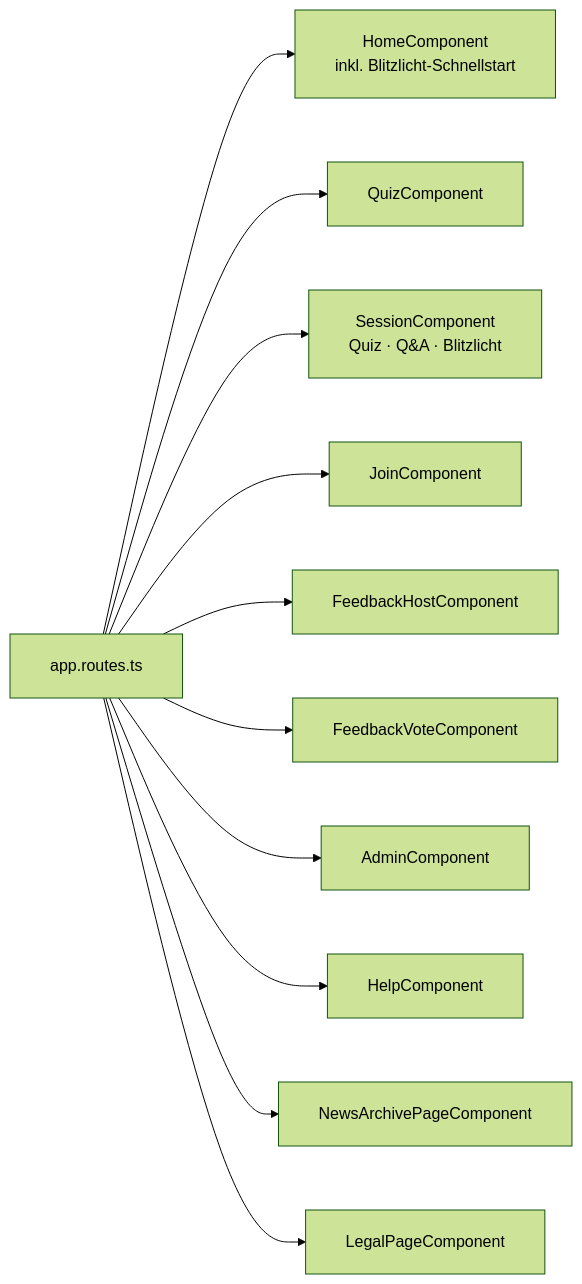
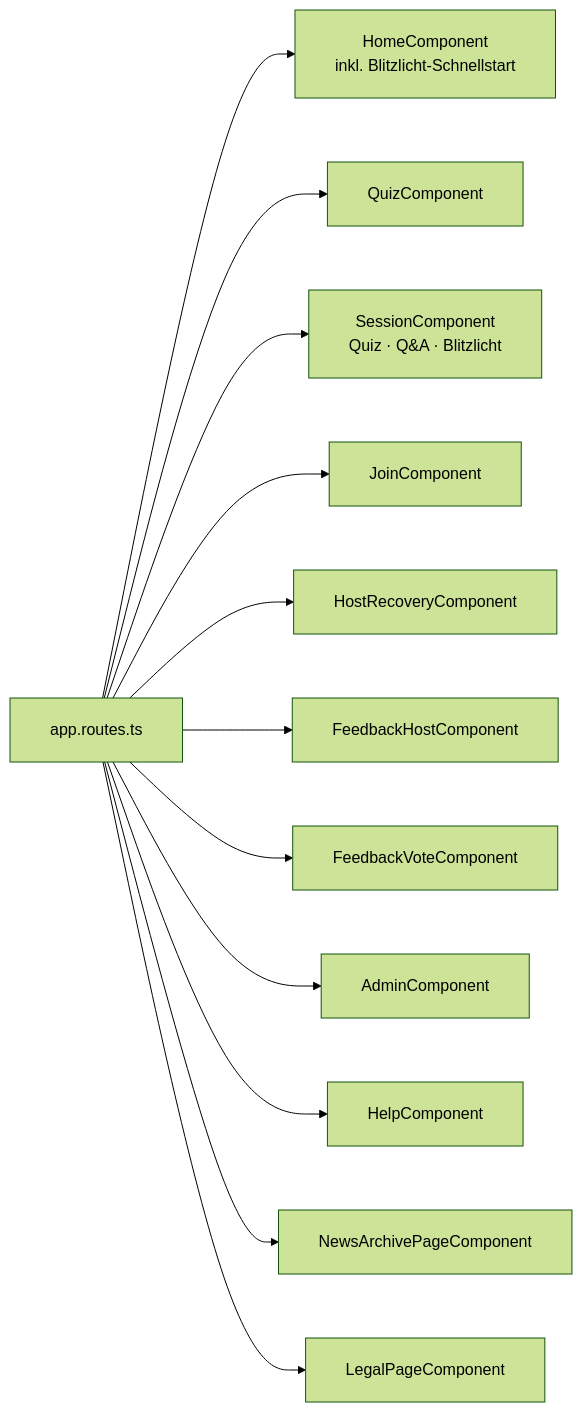
Before and after one commit to kqc-real/arsnova.eu: the sixth of 15 diagrams in docs/diagrams/architecture-overview.md, drawn with Mermaid (forest theme). The commit also changed other lines of this file and 31 other files, not shown here.

````diff
--- a/docs/diagrams/architecture-overview.md
+++ b/docs/diagrams/architecture-overview.md
@@ -298,27 +303,29 @@
 ```mermaid
 %%{init: {'flowchart': {'curve': 'basis', 'nodeSpacing': 64, 'rankSpacing': 96, 'padding': 20}}}%%
 graph LR
     ROUTES[app.routes.ts]
 
     HOME[HomeComponent<br/>inkl. Blitzlicht-Schnellstart]
     QUIZ[QuizComponent]
     SESSION[SessionComponent<br/>Quiz · Q&A · Blitzlicht]
     JOIN[JoinComponent]
     FEEDBACK_HOST[FeedbackHostComponent]
     FEEDBACK_VOTE[FeedbackVoteComponent]
     ADMIN[AdminComponent]
     HELP[HelpComponent]
     NEWS[NewsArchivePageComponent]
     LEGAL[LegalPageComponent]
+    HOSTRECOVERY[HostRecoveryComponent]
 
     ROUTES --> HOME
     ROUTES --> QUIZ
     ROUTES --> SESSION
     ROUTES --> JOIN
+    ROUTES --> HOSTRECOVERY
     ROUTES --> FEEDBACK_HOST
     ROUTES --> FEEDBACK_VOTE
     ROUTES --> ADMIN
     ROUTES --> HELP
     ROUTES --> NEWS
     ROUTES --> LEGAL
 ```
````
